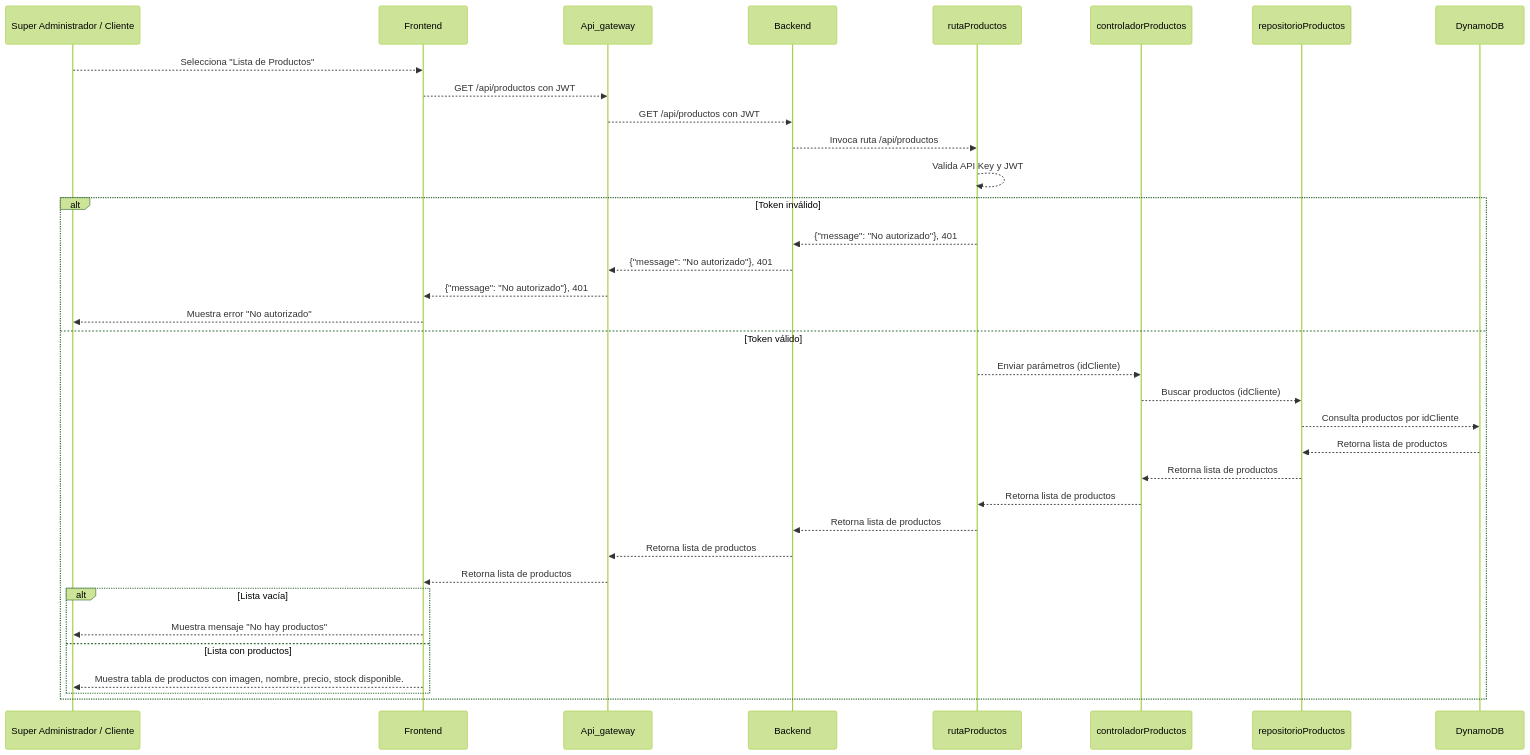
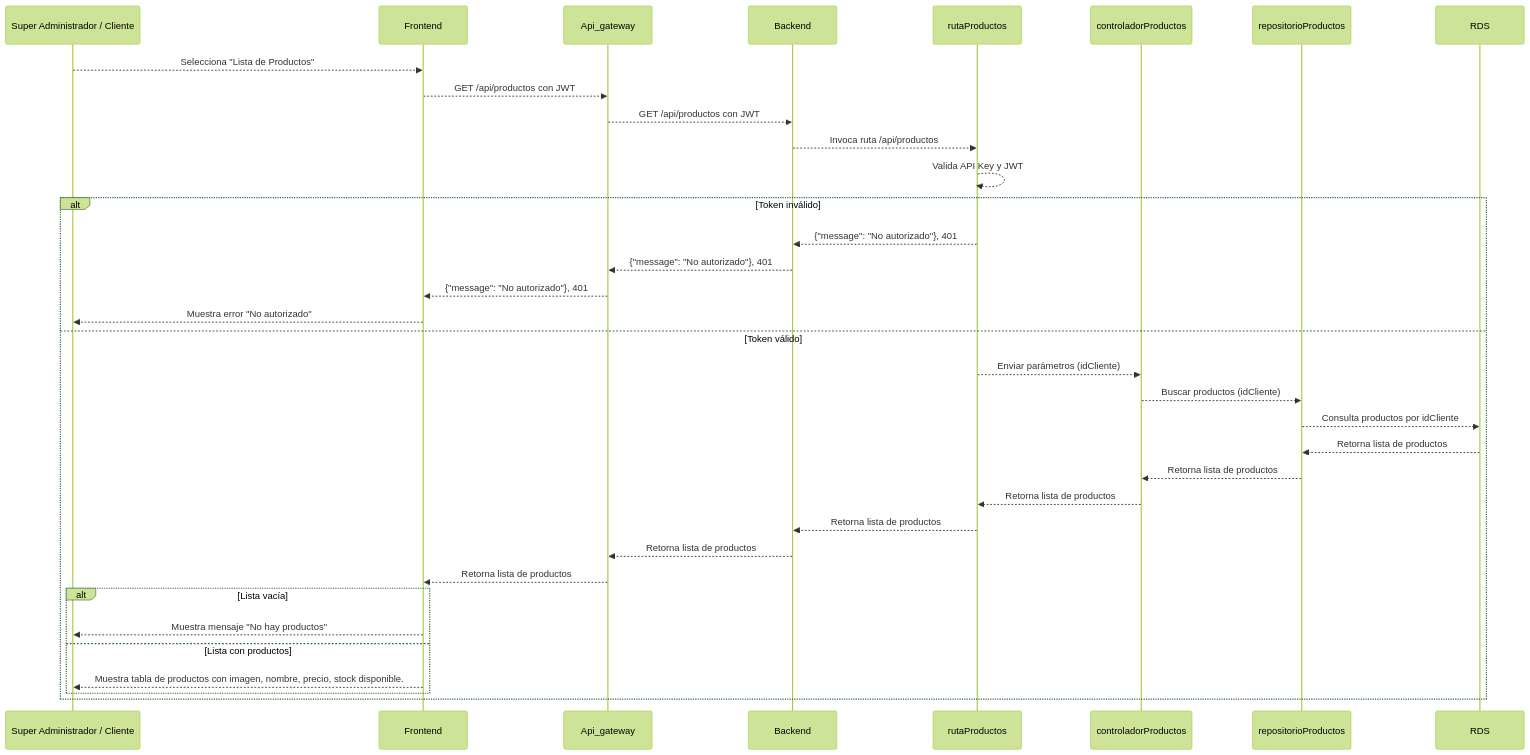
The diagram in documentation/docs/proyectos/textiles/documentacion/requisitos/RF27.md (CodeAnd-Co/Documentacion), drawn with Mermaid (forest theme) before and after one commit. The commit also changed 7 other files, not shown here.

Commit message:
Cambiar DynamoDB por RDS debido a cambio en tecnologia

````diff
--- a/documentation/docs/proyectos/textiles/documentacion/requisitos/RF27.md
+++ b/documentation/docs/proyectos/textiles/documentacion/requisitos/RF27.md
@@ -32,43 +32,43 @@
 ```mermaid
 
 sequenceDiagram
 participant Usuario as Super Administrador / Cliente
 participant Frontend
 participant Api_gateway
 participant Backend
 participant rutaProductos
 participant controladorProductos
 participant repositorioProductos
-participant DynamoDB
+participant RDS
 
 Usuario -->> Frontend: Selecciona "Lista de Productos"
 Frontend -->> Api_gateway: GET /api/productos con JWT
 Api_gateway -->> Backend: GET /api/productos con JWT
 Backend -->> rutaProductos: Invoca ruta /api/productos
 rutaProductos -->> rutaProductos: Valida API Key y JWT
 
 alt Token inválido
 rutaProductos -->> Backend: {"message": "No autorizado"}, 401
 Backend -->> Api_gateway: {"message": "No autorizado"}, 401
 Api_gateway -->> Frontend: {"message": "No autorizado"}, 401
 Frontend -->> Usuario: Muestra error "No autorizado"
 else Token válido
 rutaProductos -->> controladorProductos: Enviar parámetros (idCliente)
 controladorProductos -->> repositorioProductos: Buscar productos (idCliente)
-repositorioProductos -->> DynamoDB: Consulta productos por idCliente
-DynamoDB -->> repositorioProductos: Retorna lista de productos
+repositorioProductos -->> RDS: Consulta productos por idCliente
+RDS -->> repositorioProductos: Retorna lista de productos
 repositorioProductos -->> controladorProductos: Retorna lista de productos
 controladorProductos -->> rutaProductos: Retorna lista de productos
 rutaProductos -->> Backend: Retorna lista de productos
 Backend -->> Api_gateway: Retorna lista de productos
 Api_gateway -->> Frontend: Retorna lista de productos
 
     alt Lista vacía
         Frontend -->> Usuario: Muestra mensaje "No hay productos"
     else Lista con productos
         Frontend -->> Usuario: Muestra tabla de productos con imagen, nombre, precio, stock disponible.
     end
 
 end
 
 ```
````
